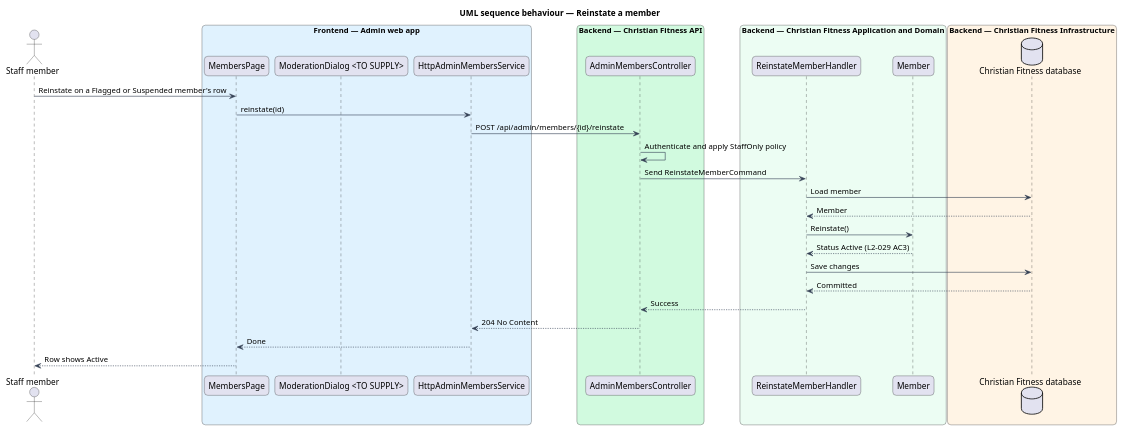
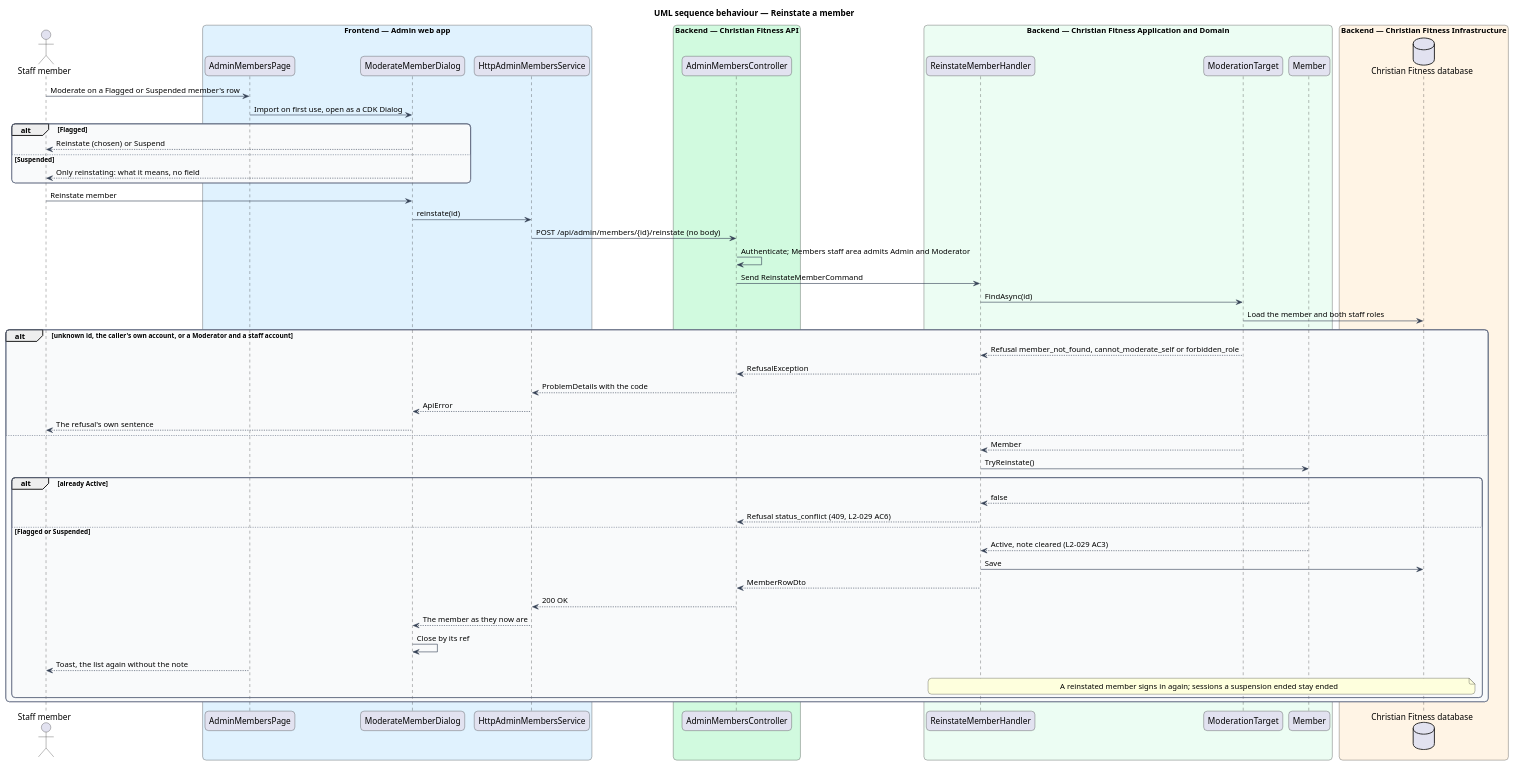
One commit to QuinntyneBrown/christian-fitness changed the diagram in docs/detailed-designs/admin-moderation/flag-suspend-reinstate-members/diagrams/sequence-reinstate.puml. Above: the diagram before and after it, drawn with PlantUML. The commit also changed 130 other files, not shown here.

```diff
--- a/docs/detailed-designs/admin-moderation/flag-suspend-reinstate-members/diagrams/sequence-reinstate.puml
+++ b/docs/detailed-designs/admin-moderation/flag-suspend-reinstate-members/diagrams/sequence-reinstate.puml
@@ -1,48 +1,71 @@
 @startuml
 title UML sequence behaviour — Reinstate a member
 skinparam backgroundColor #FFFFFF
 skinparam shadowing false
 skinparam roundcorner 12
 skinparam defaultFontName Arial
 skinparam ArrowColor #344054
 skinparam rectangle {
   BorderColor #344054
   FontColor #101828
 }
 skinparam package {
   BorderColor #667085
   FontColor #101828
   BackgroundColor #F9FAFB
 }
 actor "Staff member" as actor
 box "Frontend — Admin web app" #E0F2FE
-  participant "MembersPage" as page
-  participant "ModerationDialog <TO SUPPLY>" as dlg
+  participant "AdminMembersPage" as page
+  participant "ModerateMemberDialog" as dlg
   participant "HttpAdminMembersService" as client
 end box
 box "Backend — Christian Fitness API" #D1FADF
   participant "AdminMembersController" as ctrl
 end box
 box "Backend — Christian Fitness Application and Domain" #ECFDF3
   participant "ReinstateMemberHandler" as h
+  participant "ModerationTarget" as target
   participant "Member" as ent
 end box
 box "Backend — Christian Fitness Infrastructure" #FFF4E5
   database "Christian Fitness database" as db
 end box
-actor -> page : Reinstate on a Flagged or Suspended member's row
-page -> client : reinstate(id)
-client -> ctrl : POST /api/admin/members/{id}/reinstate
-ctrl -> ctrl : Authenticate and apply StaffOnly policy
+actor -> page : Moderate on a Flagged or Suspended member's row
+page -> dlg : Import on first use, open as a CDK Dialog
+alt Flagged
+  dlg --> actor : Reinstate (chosen) or Suspend
+else Suspended
+  dlg --> actor : Only reinstating: what it means, no field
+end
+actor -> dlg : Reinstate member
+dlg -> client : reinstate(id)
+client -> ctrl : POST /api/admin/members/{id}/reinstate (no body)
+ctrl -> ctrl : Authenticate; Members staff area admits Admin and Moderator
 ctrl -> h : Send ReinstateMemberCommand
-h -> db : Load member
-db --> h : Member
-h -> ent : Reinstate()
-ent --> h : Status Active (L2-029 AC3)
-h -> db : Save changes
-db --> h : Committed
-h --> ctrl : Success
-ctrl --> client : 204 No Content
-client --> page : Done
-page --> actor : Row shows Active
+h -> target : FindAsync(id)
+target -> db : Load the member and both staff roles
+alt unknown id, the caller's own account, or a Moderator and a staff account
+  target --> h : Refusal member_not_found, cannot_moderate_self or forbidden_role
+  h --> ctrl : RefusalException
+  ctrl --> client : ProblemDetails with the code
+  client --> dlg : ApiError
+  dlg --> actor : The refusal's own sentence
+else
+  target --> h : Member
+  h -> ent : TryReinstate()
+  alt already Active
+    ent --> h : false
+    h --> ctrl : Refusal status_conflict (409, L2-029 AC6)
+  else Flagged or Suspended
+    ent --> h : Active, note cleared (L2-029 AC3)
+    h -> db : Save
+    h --> ctrl : MemberRowDto
+    ctrl --> client : 200 OK
+    client --> dlg : The member as they now are
+    dlg -> dlg : Close by its ref
+    page --> actor : Toast, the list again without the note
+    note over h, db : A reinstated member signs in again; sessions a suspension ended stay ended
+  end
+end
 @enduml
```
